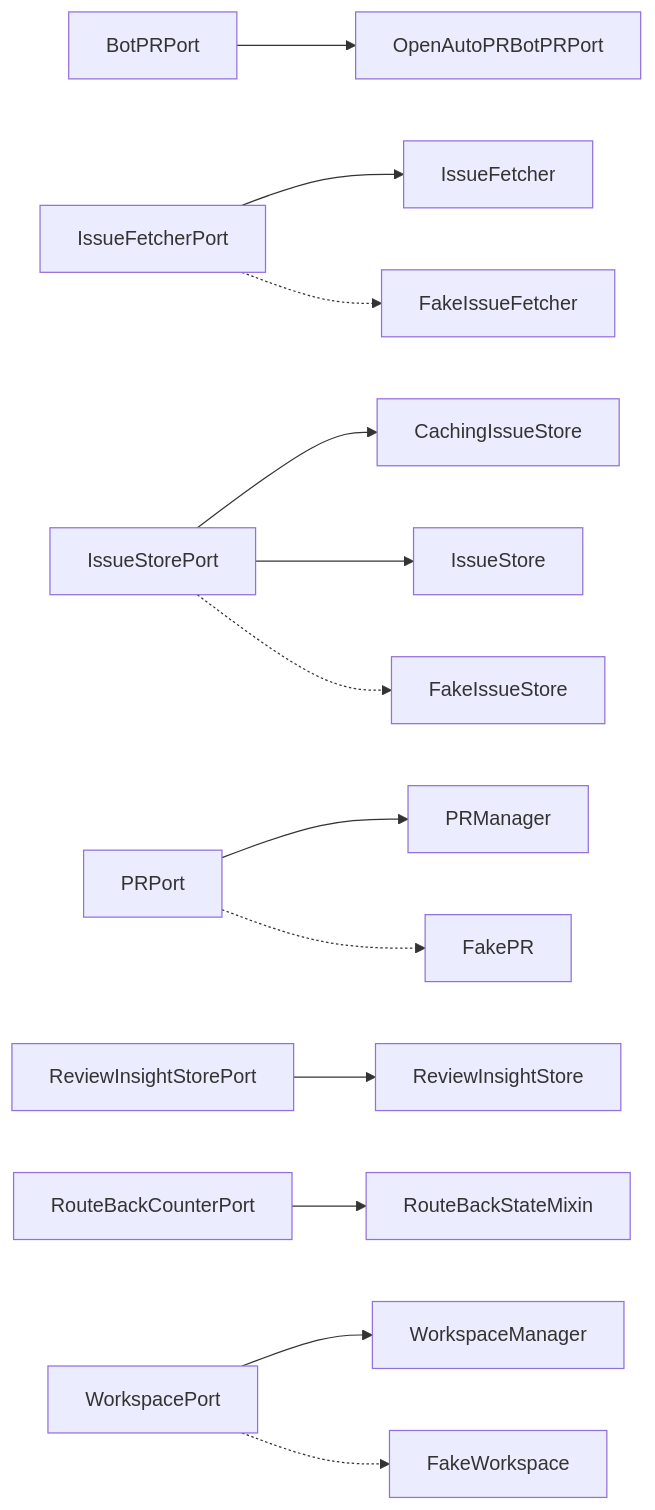
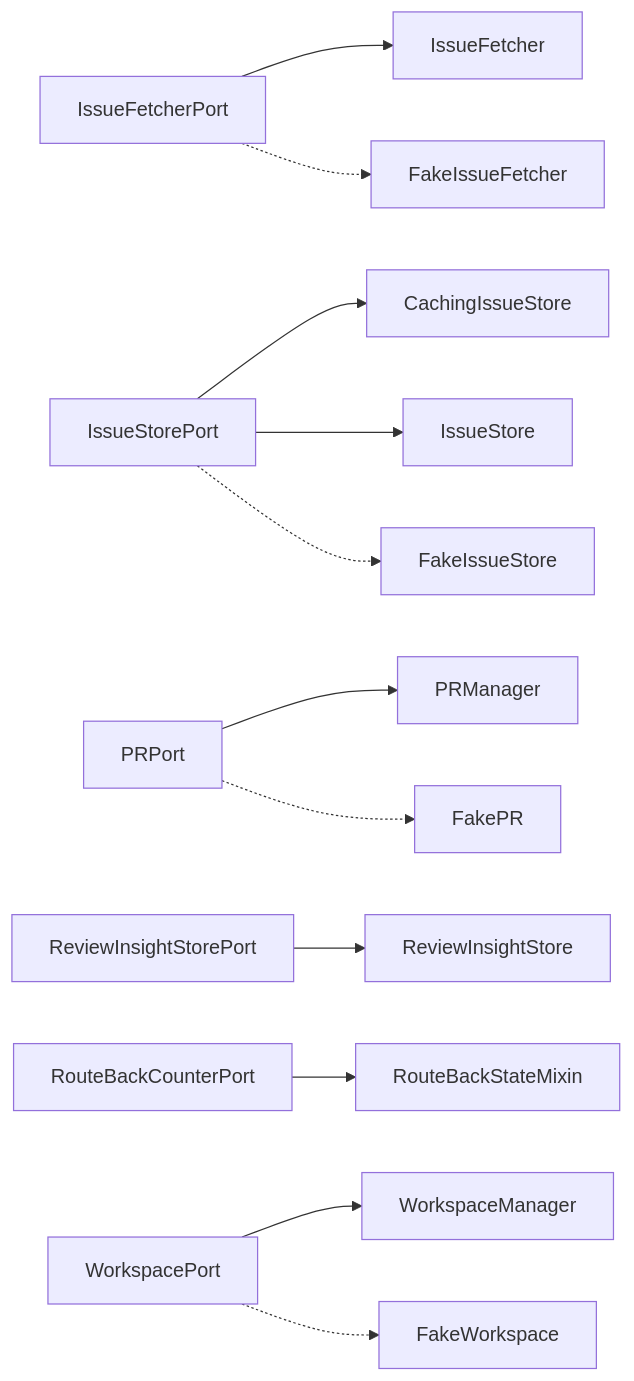
One commit to T-rav/hyrdaflow changed the diagram in docs/arch/generated/ports.md. Above: the diagram before and after it, drawn with Mermaid. The commit also changed other lines of this file and 16 other files, not shown here.

````diff
--- a/docs/arch/generated/ports.md
+++ b/docs/arch/generated/ports.md
@@ -7,15 +7,14 @@
 ```mermaid
 graph LR
-    BotPRPort --> OpenAutoPRBotPRPort
     IssueFetcherPort --> IssueFetcher
     IssueFetcherPort -.-> FakeIssueFetcher
     IssueStorePort --> CachingIssueStore
     IssueStorePort --> IssueStore
     IssueStorePort -.-> FakeIssueStore
     PRPort --> PRManager
     PRPort -.-> FakePR
     ReviewInsightStorePort --> ReviewInsightStore
     RouteBackCounterPort --> RouteBackStateMixin
     WorkspacePort --> WorkspaceManager
     WorkspacePort -.-> FakeWorkspace
 ```
````
